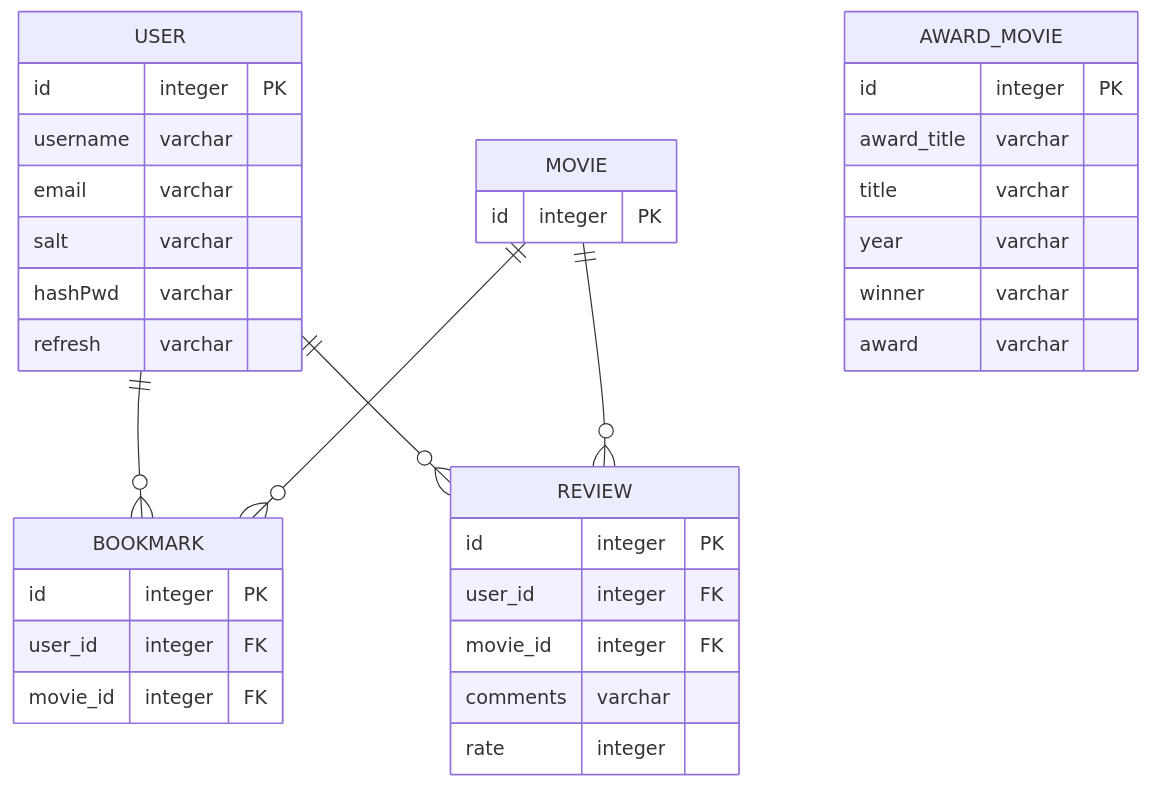
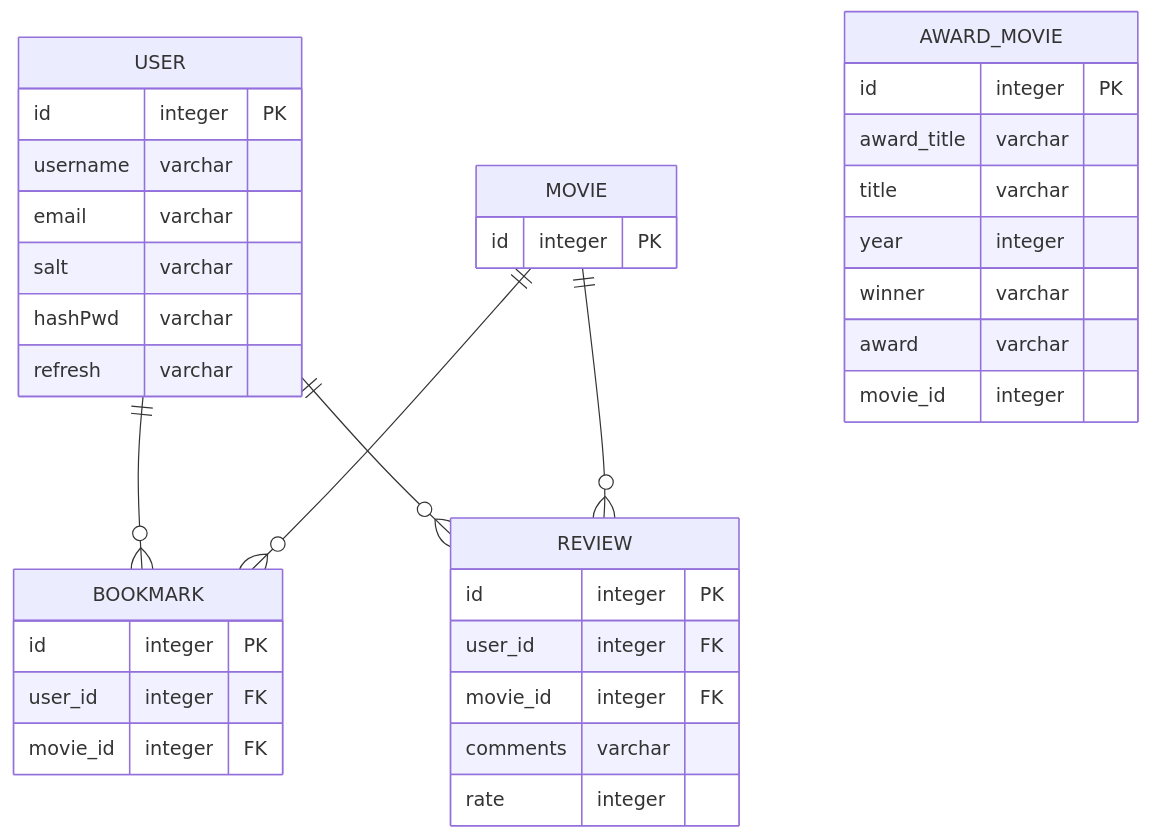
The diagram in README.md (estiemoon/BestMovies), drawn with Mermaid before and after one commit. The commit also changed other lines of this file, not shown here.

````diff
--- a/README.md
+++ b/README.md
@@ -11,47 +11,48 @@
 ```mermaid
 erDiagram
 
     USER ||--o{ BOOKMARK : ""
     USER ||--o{ REVIEW : ""
     MOVIE ||--o{ BOOKMARK : ""
     MOVIE ||--o{ REVIEW : ""
 
     USER {
         id integer PK
         username varchar
         email varchar
         salt varchar
         hashPwd varchar
         refresh varchar
     }
 
     AWARD_MOVIE {
         id integer PK
         award_title varchar
         title varchar
-        year varchar
+        year integer
         winner varchar
         award varchar
+        movie_id integer
     }
 
     MOVIE {
         id integer PK
     }
 
     BOOKMARK {
         id integer PK
         user_id integer FK
         movie_id integer FK
     }
 
     REVIEW {
         id integer PK
         user_id integer FK
         movie_id integer FK
         comments varchar
         rate integer
     }
 
 
 
 ```
````
